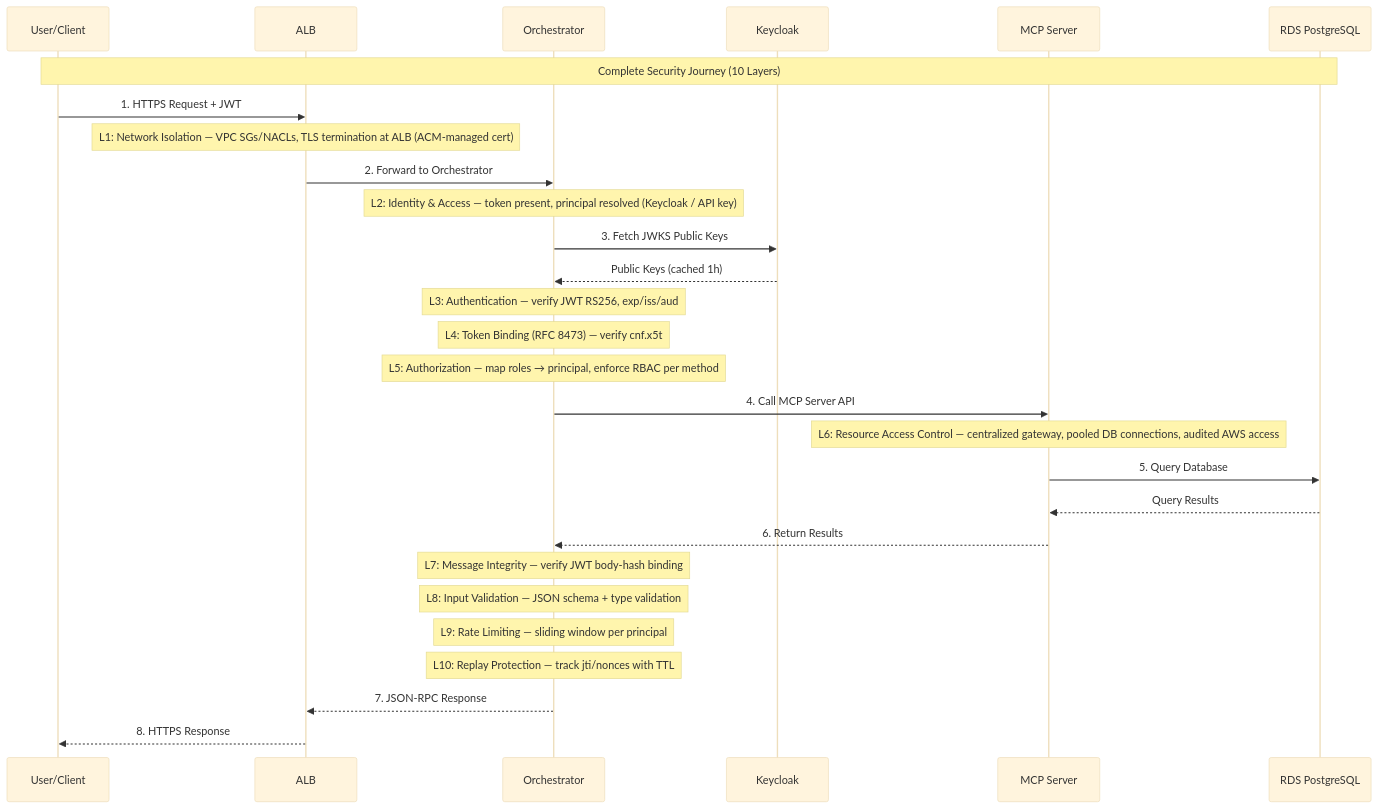
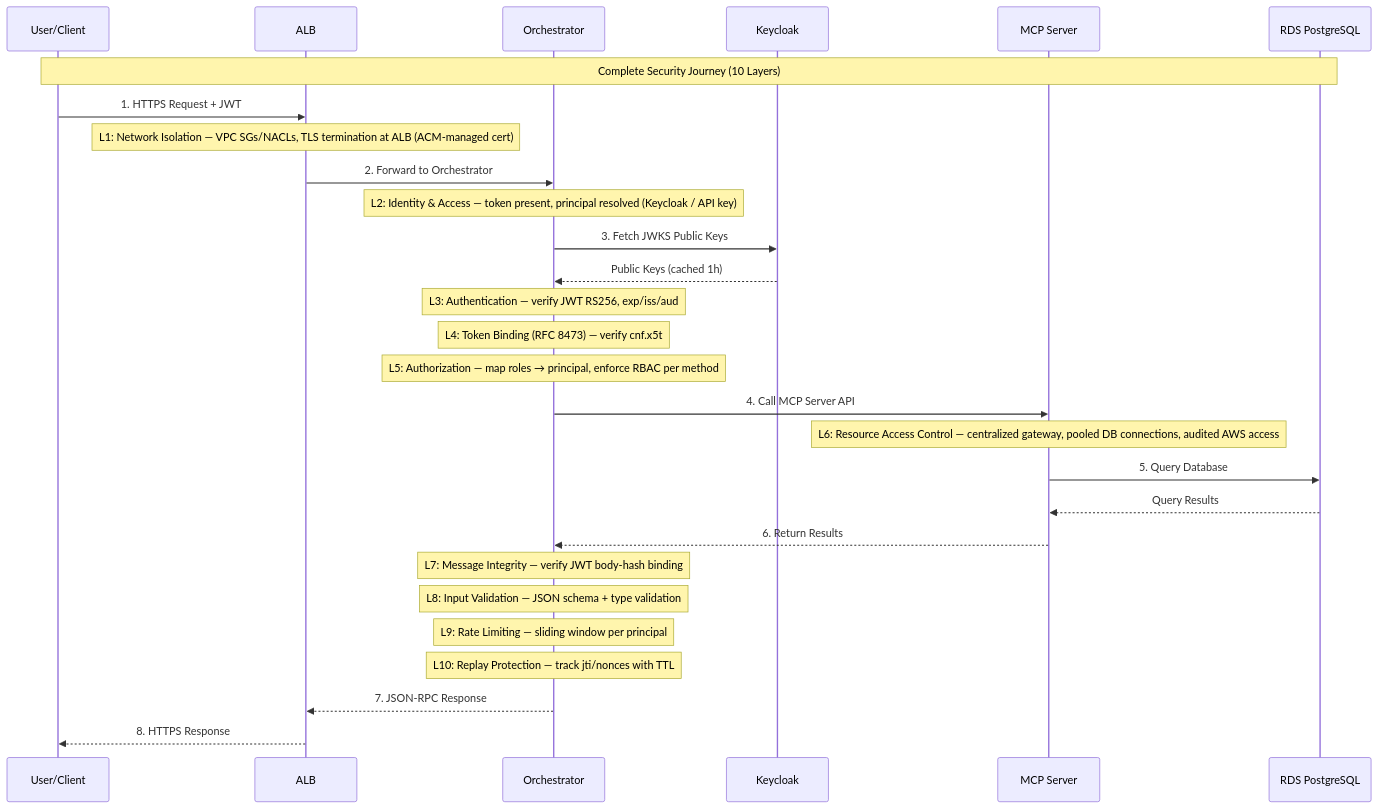
Before and after one commit to jaafar-benabderrazak/ca_a2a: the fourth of 10 diagrams in CA_A2A_COMPLETE_SECURITY_DOCUMENTATION.md, drawn with Mermaid. The commit also changed other lines of this file, not shown here.

Commit message:
Make Mermaid blocks Obsidian-compatible

````diff
--- a/CA_A2A_COMPLETE_SECURITY_DOCUMENTATION.md
+++ b/CA_A2A_COMPLETE_SECURITY_DOCUMENTATION.md
@@ -304,48 +301,47 @@
 ```mermaid
-%%{init: {"theme":"base","themeVariables":{"fontSize":"12px"}}}%%
 sequenceDiagram
     participant User as User/Client
     participant ALB as ALB
     participant Orch as Orchestrator
     participant KC as Keycloak
     participant MCP as MCP Server
     participant RDS as RDS PostgreSQL
 
     Note over User,RDS: Complete Security Journey (10 Layers)
 
     User->>ALB: 1. HTTPS Request + JWT
     
     Note over ALB: L1: Network Isolation — VPC SGs/NACLs, TLS termination at ALB (ACM-managed cert)
     
     ALB->>Orch: 2. Forward to Orchestrator
     
     Note over Orch: L2: Identity & Access — token present, principal resolved (Keycloak / API key)
     
     Orch->>KC: 3. Fetch JWKS Public Keys
     KC-->>Orch: Public Keys (cached 1h)
     
     Note over Orch: L3: Authentication — verify JWT RS256, exp/iss/aud
     
     Note over Orch: L4: Token Binding (RFC 8473) — verify cnf.x5t#S256 matches presented cert
     
     Note over Orch: L5: Authorization — map roles → principal, enforce RBAC per method
     
     Orch->>MCP: 4. Call MCP Server API
     
     Note over MCP: L6: Resource Access Control — centralized gateway, pooled DB connections, audited AWS access
     
     MCP->>RDS: 5. Query Database
     RDS-->>MCP: Query Results
     MCP-->>Orch: 6. Return Results
     
     Note over Orch: L7: Message Integrity — verify JWT body-hash binding
     
     Note over Orch: L8: Input Validation — JSON schema + type validation
     
     Note over Orch: L9: Rate Limiting — sliding window per principal
     
     Note over Orch: L10: Replay Protection — track jti/nonces with TTL
     
     Orch-->>ALB: 7. JSON-RPC Response
     ALB-->>User: 8. HTTPS Response
 ```
````
